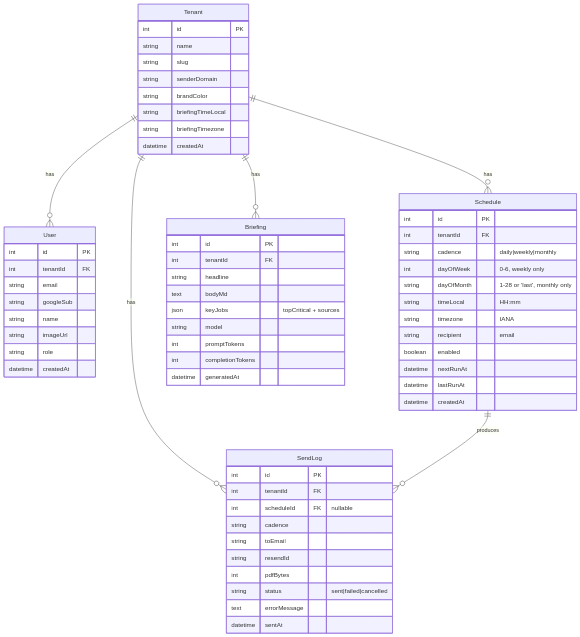
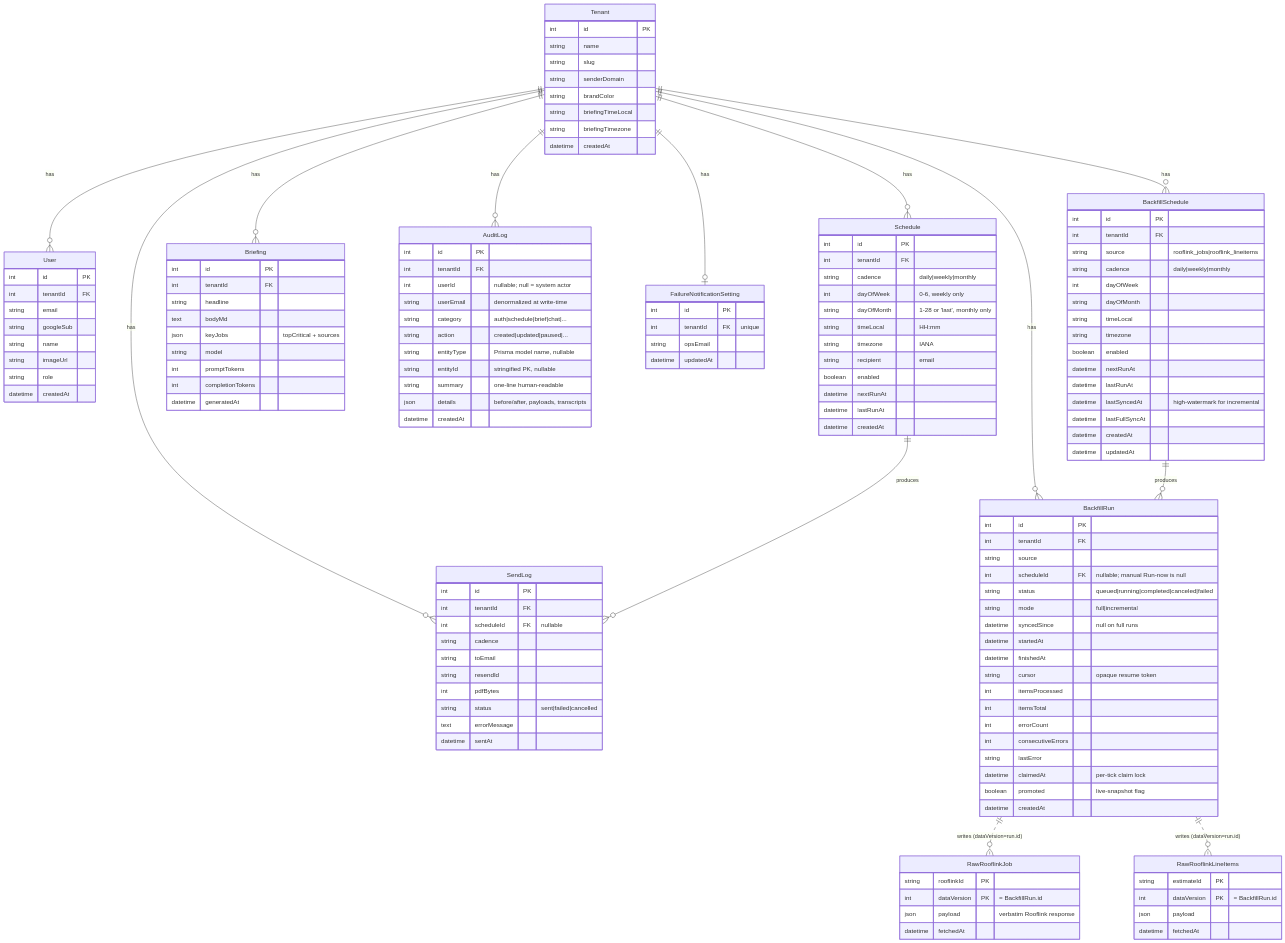
The first of 2 diagrams in docs/DATA_MODEL.md (adityauphade-mac/vera-mvp), drawn with Mermaid before and after one commit. The commit also changed other lines of this file and 1 other file, not shown here.

First line of the commit message:
docs: refresh data-model + add GCP migration runbook

````diff
--- a/docs/DATA_MODEL.md
+++ b/docs/DATA_MODEL.md
@@ -12,10 +18,17 @@
 ```mermaid
 erDiagram
-    Tenant ||--o{ User       : has
-    Tenant ||--o{ Schedule   : has
-    Tenant ||--o{ Briefing   : has
-    Tenant ||--o{ SendLog    : has
-    Schedule ||--o{ SendLog  : produces
+    Tenant ||--o{ User                       : has
+    Tenant ||--o{ Schedule                   : has
+    Tenant ||--o{ Briefing                   : has
+    Tenant ||--o{ SendLog                    : has
+    Tenant ||--o{ AuditLog                   : has
+    Tenant ||--o| FailureNotificationSetting : has
+    Tenant ||--o{ BackfillSchedule           : has
+    Tenant ||--o{ BackfillRun                : has
+    Schedule ||--o{ SendLog                  : produces
+    BackfillSchedule ||--o{ BackfillRun      : produces
+    BackfillRun ||..o{ RawRooflinkJob        : "writes (dataVersion=run.id)"
+    BackfillRun ||..o{ RawRooflinkLineItems  : "writes (dataVersion=run.id)"
 
     Tenant {
         int id PK
@@ -74,4 +87,72 @@
         text errorMessage
         datetime sentAt
     }
+    AuditLog {
+        int id PK
+        int tenantId FK
+        int userId "nullable; null = system actor"
+        string userEmail "denormalized at write-time"
+        string category "auth|schedule|brief|chat|..."
+        string action "created|updated|paused|..."
+        string entityType "Prisma model name, nullable"
+        string entityId "stringified PK, nullable"
+        string summary "one-line human-readable"
+        json details "before/after, payloads, transcripts"
+        datetime createdAt
+    }
+    FailureNotificationSetting {
+        int id PK
+        int tenantId FK "unique"
+        string opsEmail
+        datetime updatedAt
+    }
+    BackfillSchedule {
+        int id PK
+        int tenantId FK
+        string source "rooflink_jobs|rooflink_lineitems"
+        string cadence "daily|weekly|monthly"
+        int dayOfWeek
+        string dayOfMonth
+        string timeLocal
+        string timezone
+        boolean enabled
+        datetime nextRunAt
+        datetime lastRunAt
+        datetime lastSyncedAt "high-watermark for incremental"
+        datetime lastFullSyncAt
+        datetime createdAt
+        datetime updatedAt
+    }
+    BackfillRun {
+        int id PK
+        int tenantId FK
+        string source
+        int scheduleId FK "nullable; manual Run-now is null"
+        string status "queued|running|completed|canceled|failed"
+        string mode "full|incremental"
+        datetime syncedSince "null on full runs"
+        datetime startedAt
+        datetime finishedAt
+        string cursor "opaque resume token"
+        int itemsProcessed
+        int itemsTotal
+        int errorCount
+        int consecutiveErrors
+        string lastError
+        datetime claimedAt "per-tick claim lock"
+        boolean promoted "live-snapshot flag"
+        datetime createdAt
+    }
+    RawRooflinkJob {
+        string rooflinkId PK
+        int dataVersion PK "= BackfillRun.id"
+        json payload "verbatim Rooflink response"
+        datetime fetchedAt
+    }
+    RawRooflinkLineItems {
+        string estimateId PK
+        int dataVersion PK "= BackfillRun.id"
+        json payload
+        datetime fetchedAt
+    }
 ```
````
